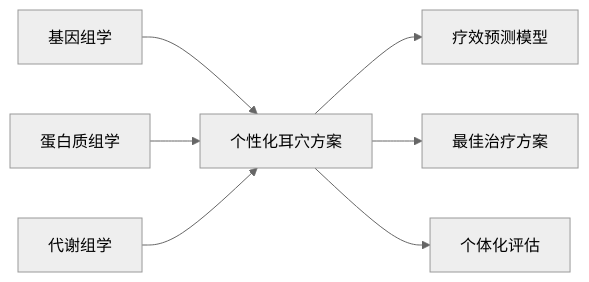
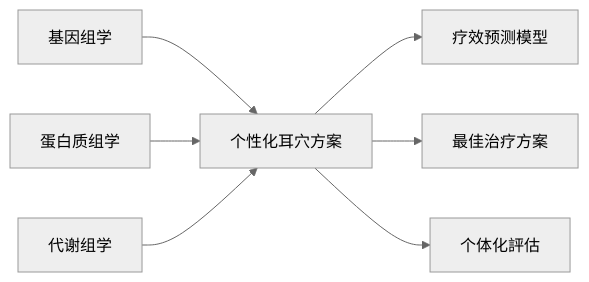
Before and after one commit to kmjade/knowledge-value: the fifth of 5 diagrams in 3 Resources/01-Tech/🏥 专业知识/耳穴知识库/06-研究文献/现代研究荟萃.md, drawn with Mermaid (neutral theme). The commit also changed other lines of this file and 653 other files, not shown here.

````diff
--- a/3 Resources/01-Tech/🏥 专业知识/耳穴知识库/06-研究文献/现代研究荟萃.md
+++ b/3 Resources/01-Tech/🏥 专业知识/耳穴知识库/06-研究文献/现代研究荟萃.md
@@ -233,10 +233,10 @@
 ```mermaid
 graph LR
     A[基因组学] --> D[个性化耳穴方案]
     B[蛋白质组学] --> D
     C[代谢组学] --> D
     
     D --> E[疗效预测模型]
     D --> F[最佳治疗方案]
-    D --> G[个体化评估]
+    D --> G[个体化評估]
 ```
````
